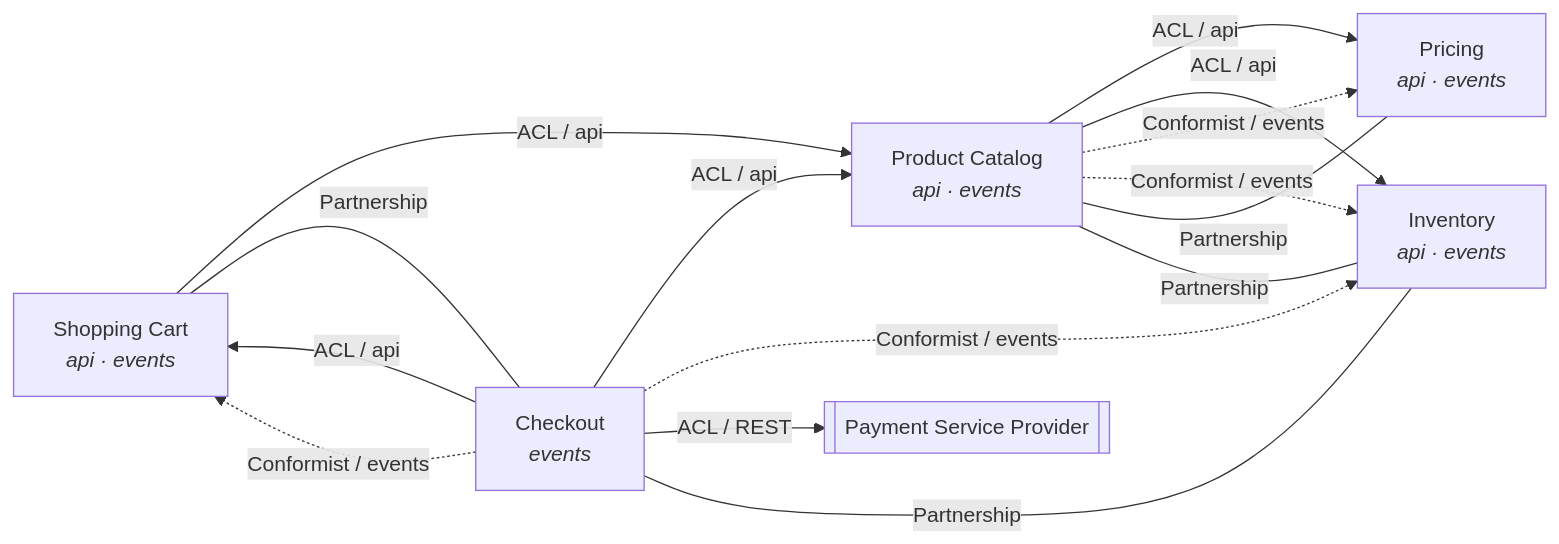
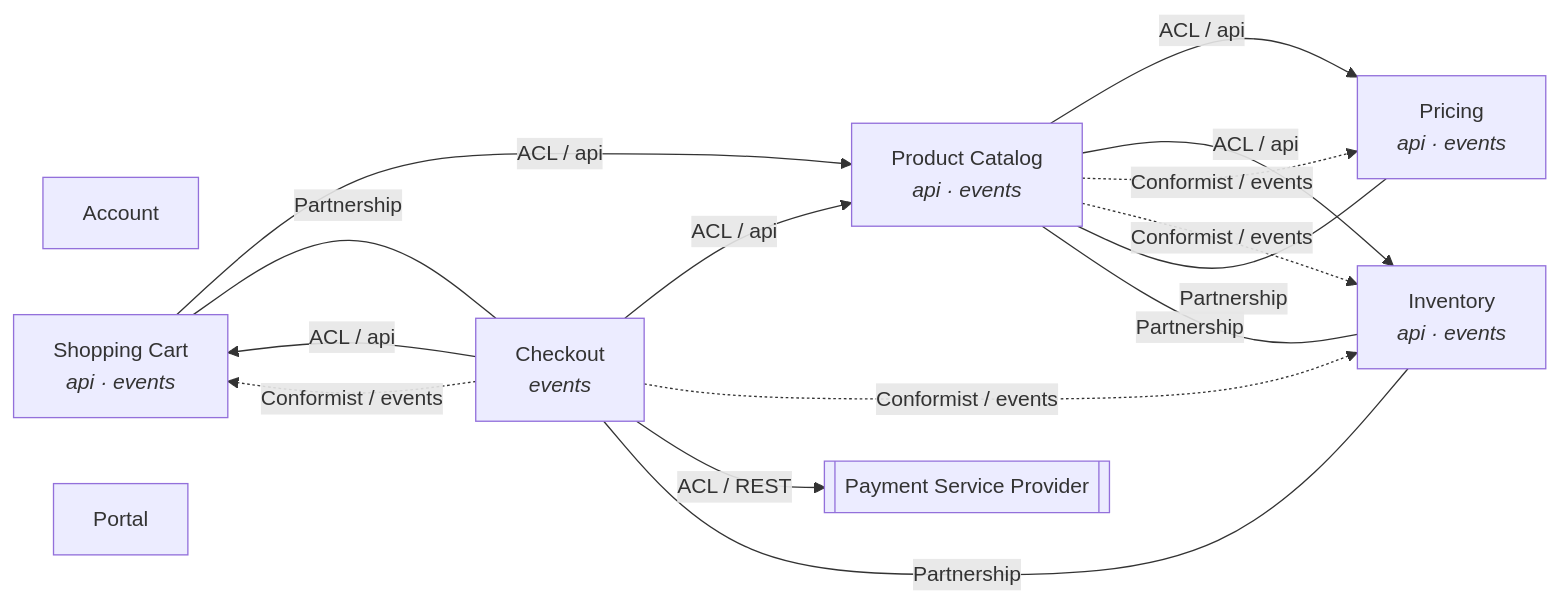
The diagram in docs/context-map.md (domain-centric-development/dca-ecommerce-sample-dotnet), drawn with Mermaid before and after one commit. The commit also changed other lines of this file and 129 other files, not shown here.

First line of the commit message:
feat: Account and Portal bounded contexts (WP-13 stage 2b)

````diff
--- a/docs/context-map.md
+++ b/docs/context-map.md
@@ -28,24 +30,26 @@
 ```mermaid
 graph LR
+  Account["Account"]
   Cart["Shopping Cart<br/><i>api · events</i>"]
   Checkout["Checkout<br/><i>events</i>"]
   Inventory["Inventory<br/><i>api · events</i>"]
+  Portal["Portal"]
   Pricing["Pricing<br/><i>api · events</i>"]
   Product["Product Catalog<br/><i>api · events</i>"]
 
   Cart -->|"ACL / api"| Product
   Checkout -->|"ACL / api"| Product
   Checkout -->|"ACL / api"| Cart
   Checkout -.->|"Conformist / events"| Cart
   Checkout -.->|"Conformist / events"| Inventory
   Product -->|"ACL / api"| Pricing
   Product -->|"ACL / api"| Inventory
   Product -.->|"Conformist / events"| Pricing
   Product -.->|"Conformist / events"| Inventory
   ext_payment_service_provider[["Payment Service Provider"]]
   Checkout -->|"ACL / REST"| ext_payment_service_provider
   Cart ---|"Partnership"| Checkout
   Checkout ---|"Partnership"| Inventory
   Inventory ---|"Partnership"| Product
   Pricing ---|"Partnership"| Product
 ```
````
